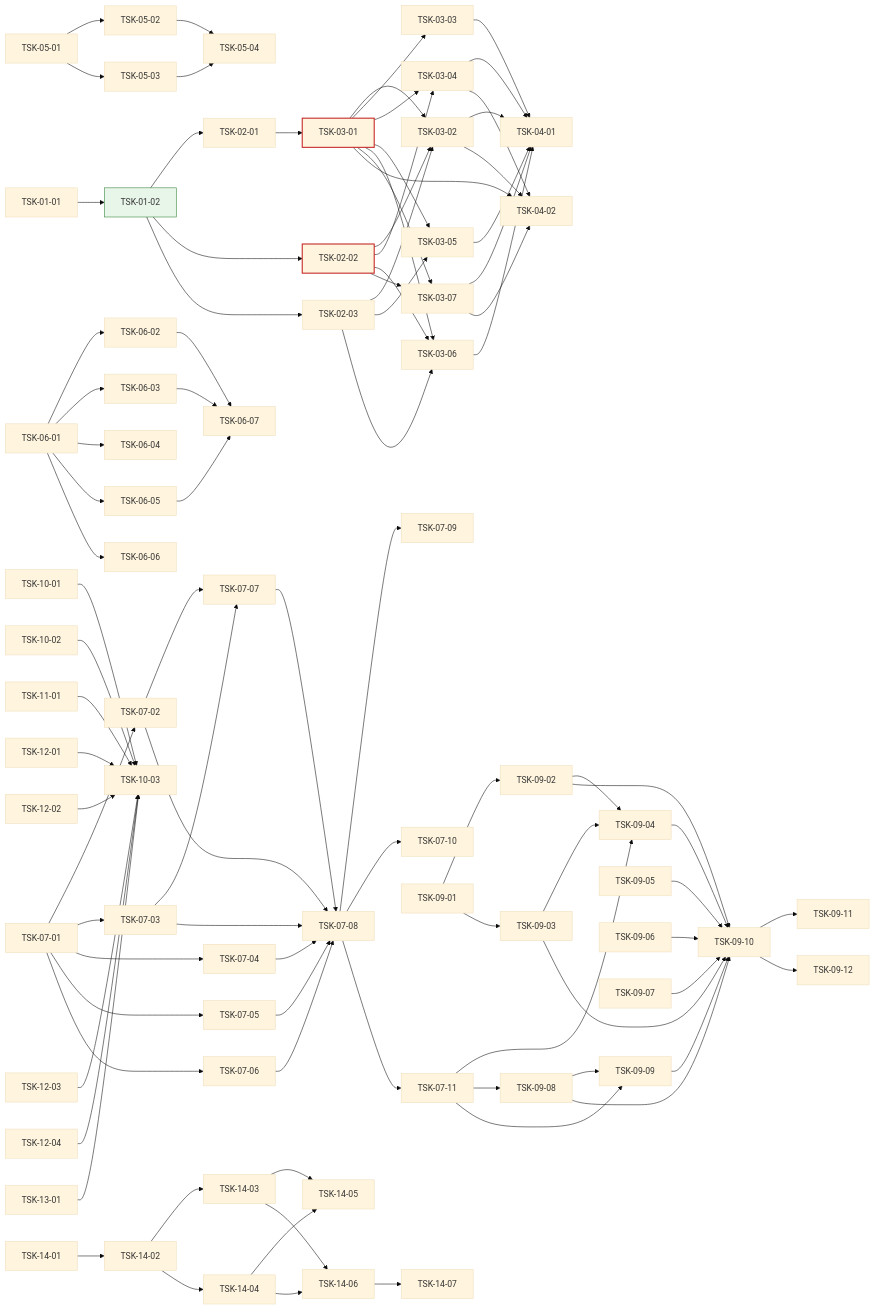
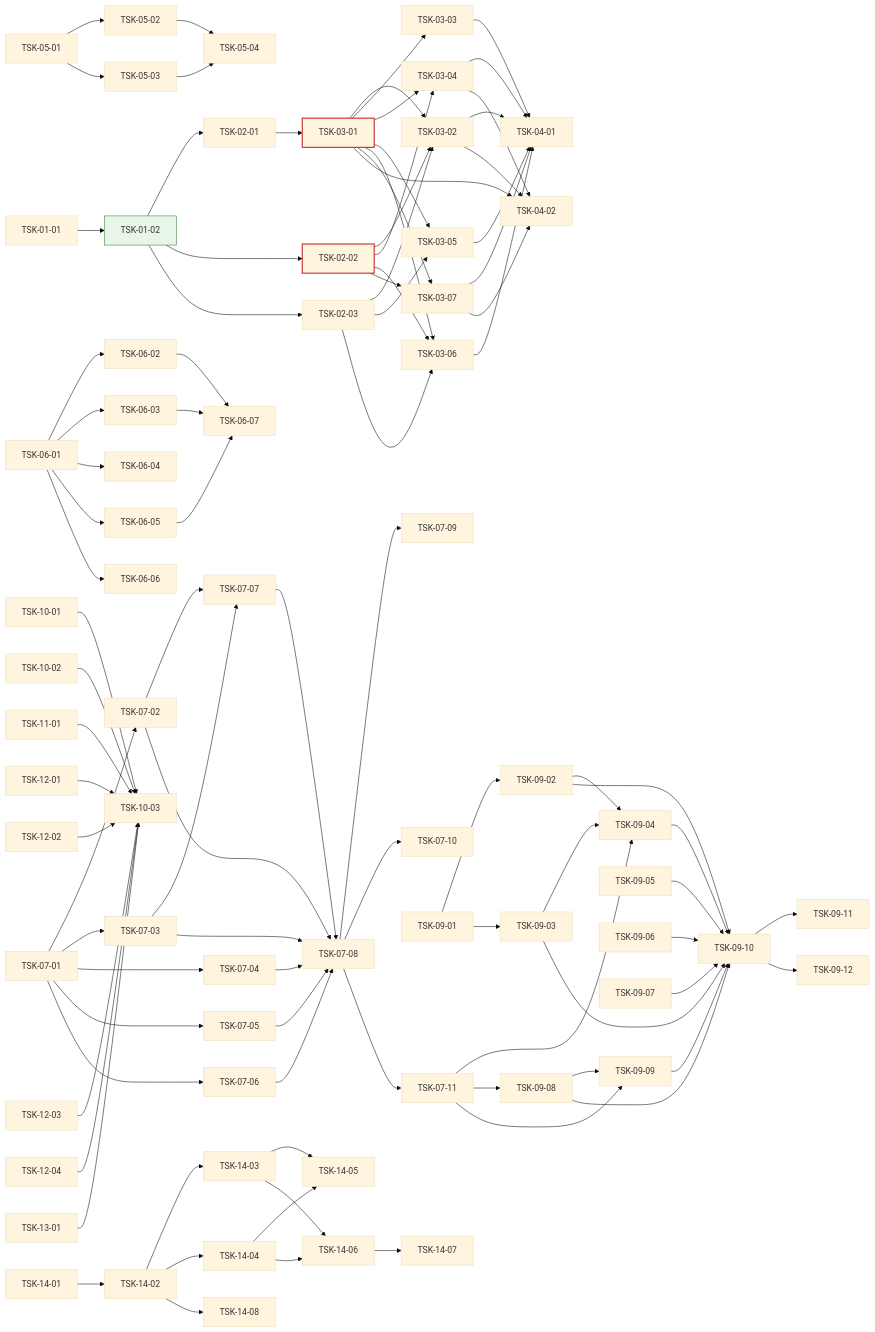
One commit to jongik-sv/oranda changed the diagram in docs/oranda1/wbs.md. Above: the diagram before and after it, drawn with Mermaid (base theme). The commit also changed other lines of this file and 28 other files, not shown here.

```diff
--- a/docs/oranda1/wbs.md
+++ b/docs/oranda1/wbs.md
@@ -1082,6 +1093,7 @@
   TSK-14-03 --> TSK-14-06
   TSK-14-04 --> TSK-14-06
   TSK-14-06 --> TSK-14-07
+  TSK-14-02 --> TSK-14-08
   style TSK-01-02 fill:#e8f5e9,stroke:#2e7d32
   style TSK-03-01 stroke:#c62828,stroke-width:2px
   style TSK-02-02 stroke:#c62828,stroke-width:2px
```
